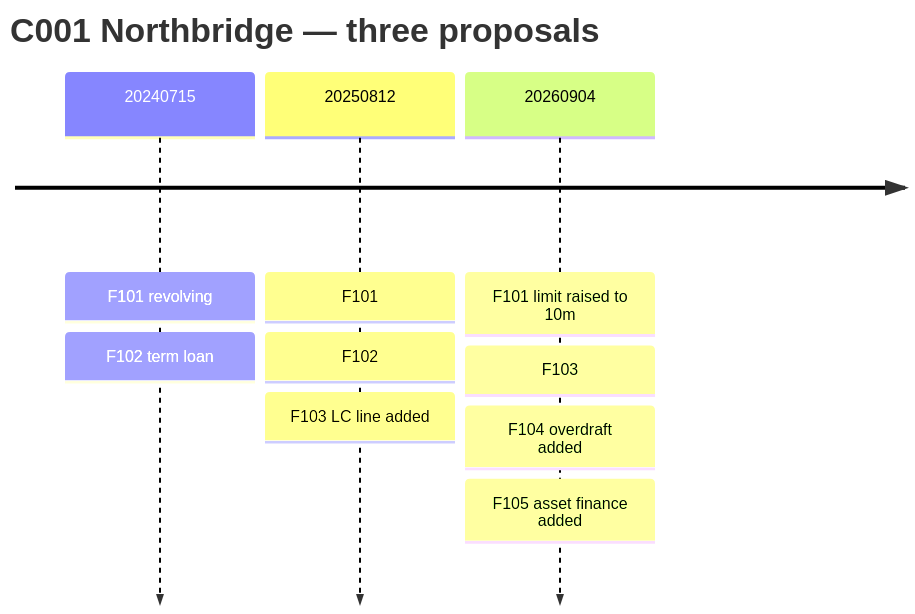
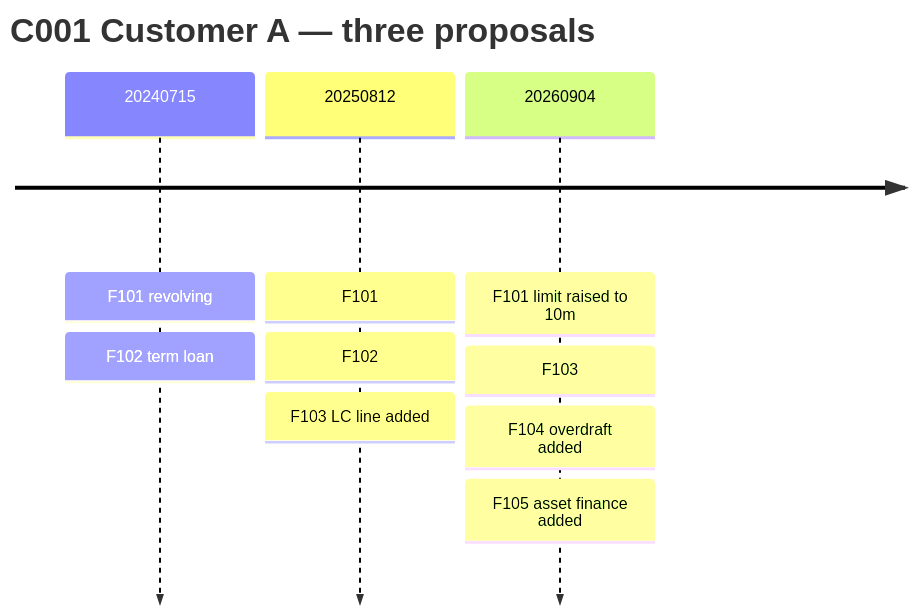
One commit to Amit-hub1998/prompt-a-thon-exposure-snapshot changed the second of 2 diagrams in README.md. Above: the diagram before and after it, drawn with Mermaid. The commit also changed other lines of this file and 6 other files, not shown here.

````diff
--- a/README.md
+++ b/README.md
@@ -139,7 +142,7 @@
 ```mermaid
 timeline
-    title C001 Northbridge — three proposals
+    title C001 Customer A — three proposals
     20240715 : F101 revolving : F102 term loan
     20250812 : F101 : F102 : F103 LC line added
     20260904 : F101 limit raised to 10m : F103 : F104 overdraft added : F105 asset finance added
 ```
````
